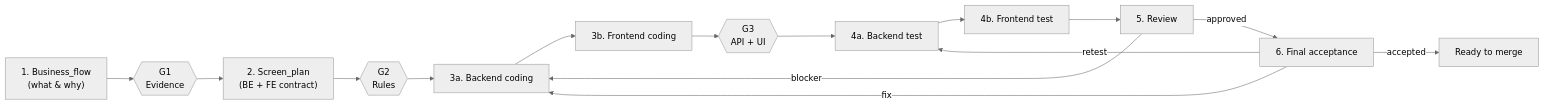
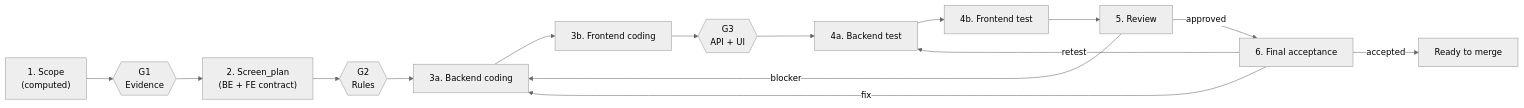
One commit to tuanvtanrakutei/access-modernization-kit changed the diagram in plugins/ak/modernize/templates/DOCS_README.md. Above: the diagram before and after it, drawn with Mermaid (neutral theme). The commit also changed other lines of this file and 33 other files, not shown here.

````diff
--- a/plugins/ak/modernize/templates/DOCS_README.md
+++ b/plugins/ak/modernize/templates/DOCS_README.md
@@ -48,15 +48,15 @@
 ```mermaid
 flowchart LR
-    A["1. Business_flow<br/>(what & why)"] --> G1{{"G1<br/>Evidence"}}
+    A["1. Scope<br/>(computed)"] --> G1{{"G1<br/>Evidence"}}
     G1 --> B["2. Screen_plan<br/>(BE + FE contract)"]
     B --> G2{{"G2<br/>Rules"}}
     G2 --> C3a["3a. Backend coding"] --> C3b["3b. Frontend coding"]
     C3b --> G3{{"G3<br/>API + UI"}}
     G3 --> D4a["4a. Backend test"] --> D4b["4b. Frontend test"]
     D4b --> E["5. Review"]
     E -->|blocker| C3a
     E -->|approved| H["6. Final acceptance"]
     H -->|fix| C3a
     H -->|retest| D4a
     H -->|accepted| F["Ready to merge"]
 ```
````
